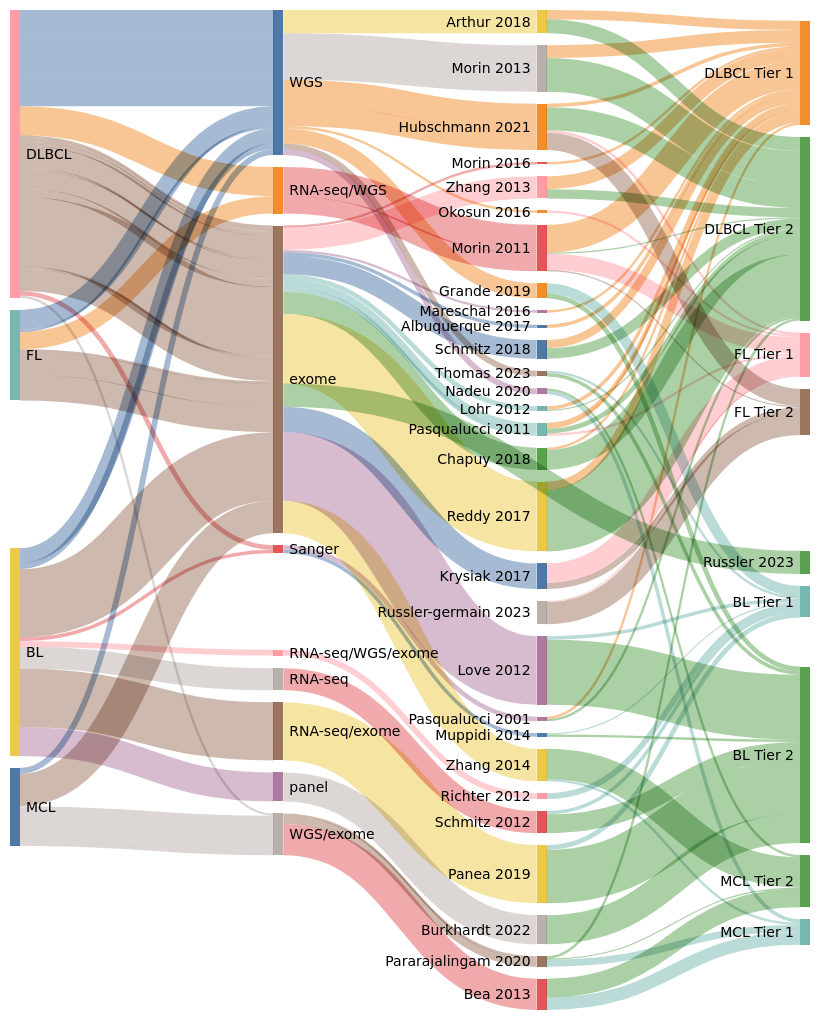
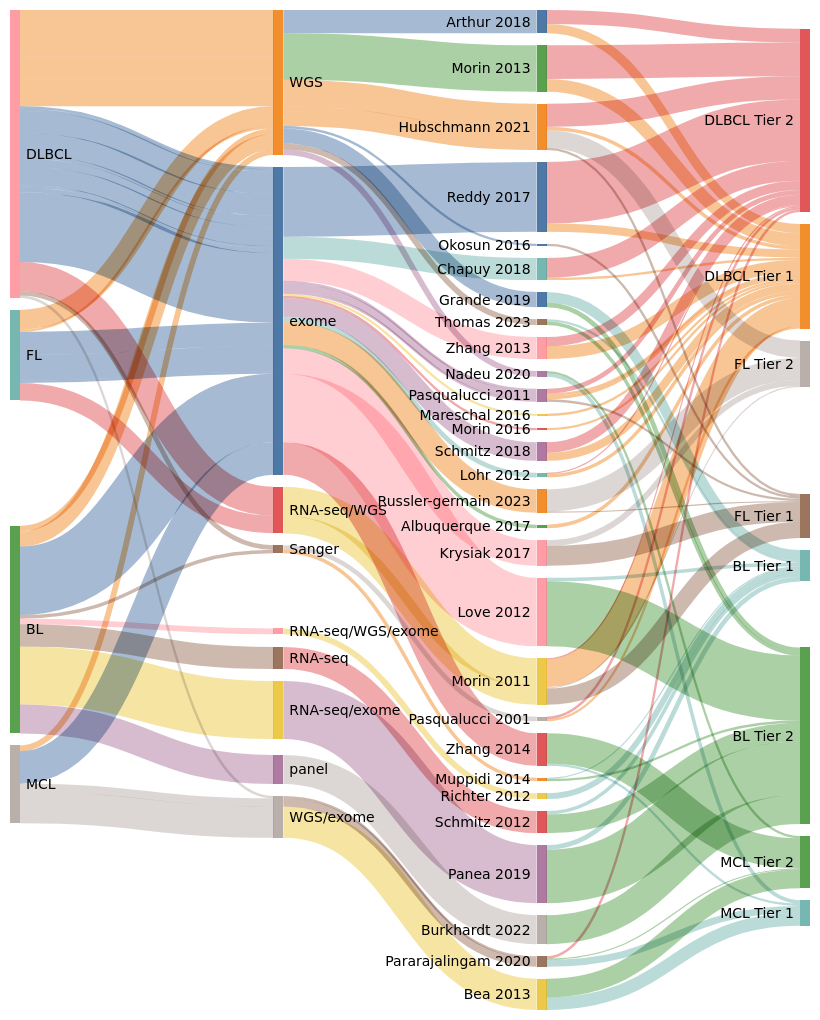
The diagram in all_sankey.md (morinlab/lymphopedia), drawn with Mermaid (neutral theme) before and after one commit. The commit also changed 2 other files, not shown here.

````diff
--- a/all_sankey.md
+++ b/all_sankey.md
@@ -9,33 +9,36 @@
     nodeAlignment: right
 ---
 sankey-beta
-Albuquerque 2017, DLBCL Tier 1, 3
+Arthur 2018, DLBCL Tier 1, 8
+Arthur 2018, DLBCL Tier 2, 12
+Chapuy 2018, DLBCL Tier 1, 2
+Chapuy 2018, DLBCL Tier 2, 17
+Morin 2013, DLBCL Tier 1, 11
+Morin 2013, DLBCL Tier 2, 29
+Mareschal 2016, DLBCL Tier 1, 2
+Pasqualucci 2011, DLBCL Tier 1, 2
+Zhang 2013, DLBCL Tier 1, 11
+Zhang 2013, DLBCL Tier 2, 8
+Pararajalingam 2020, DLBCL Tier 2, 2
+Pasqualucci 2001, DLBCL Tier 1, 2
+Pasqualucci 2001, DLBCL Tier 2, 2
+Reddy 2017, DLBCL Tier 1, 7
+Reddy 2017, DLBCL Tier 2, 53
+Hubschmann 2021, DLBCL Tier 1, 3
+Hubschmann 2021, DLBCL Tier 2, 20
 Morin 2016, DLBCL Tier 1, 2
 Lohr 2012, DLBCL Tier 1, 3
 Lohr 2012, DLBCL Tier 2, 1
-Arthur 2018, DLBCL Tier 1, 8
-Arthur 2018, DLBCL Tier 2, 12
-Mareschal 2016, DLBCL Tier 1, 2
-Zhang 2013, DLBCL Tier 1, 11
-Zhang 2013, DLBCL Tier 2, 8
-Pararajalingam 2020, DLBCL Tier 2, 2
-Morin 2013, DLBCL Tier 1, 11
-Morin 2013, DLBCL Tier 2, 29
+Albuquerque 2017, DLBCL Tier 1, 3
+Morin 2011, DLBCL Tier 1, 24
+Morin 2011, DLBCL Tier 2, 1
 Schmitz 2018, DLBCL Tier 1, 7
 Schmitz 2018, DLBCL Tier 2, 9
-Hubschmann 2021, DLBCL Tier 1, 3
-Hubschmann 2021, DLBCL Tier 2, 20
-Morin 2011, DLBCL Tier 1, 24
-Morin 2011, DLBCL Tier 2, 1
 Pasqualucci 2011, DLBCL Tier 1, 3
 Pasqualucci 2011, DLBCL Tier 2, 4
-Chapuy 2018, DLBCL Tier 1, 2
-Chapuy 2018, DLBCL Tier 2, 17
-Reddy 2017, DLBCL Tier 1, 7
-Reddy 2017, DLBCL Tier 2, 53
-Pasqualucci 2001, DLBCL Tier 1, 2
-Pasqualucci 2001, DLBCL Tier 2, 2
-Pasqualucci 2011, DLBCL Tier 1, 2
+Krysiak 2017, FL Tier 1, 17
+Krysiak 2017, FL Tier 2, 5
+Okosun 2016, FL Tier 1, 2
 Pasqualucci 2011, FL Tier 1, 2
 Morin 2011, FL Tier 1, 14
 Morin 2011, FL Tier 2, 1
@@ -43,97 +46,94 @@
 Russler-germain 2023, FL Tier 2, 19
 Hubschmann 2021, FL Tier 1, 2
 Hubschmann 2021, FL Tier 2, 15
-Krysiak 2017, FL Tier 1, 17
-Krysiak 2017, FL Tier 2, 5
-Okosun 2016, FL Tier 1, 2
 Schmitz 2012, BL Tier 1, 3
 Schmitz 2012, BL Tier 2, 16
+Richter 2012, BL Tier 1, 5
 Panea 2019, BL Tier 1, 4
 Panea 2019, BL Tier 2, 46
 Love 2012, BL Tier 1, 3
 Love 2012, BL Tier 2, 56
-Richter 2012, BL Tier 1, 5
 Thomas 2023, BL Tier 1, 2
 Thomas 2023, BL Tier 2, 3
 Burkhardt 2022, BL Tier 2, 25
+Grande 2019, BL Tier 1, 9
+Grande 2019, BL Tier 2, 4
 Muppidi 2014, BL Tier 1, 1
 Muppidi 2014, BL Tier 2, 2
-Grande 2019, BL Tier 1, 9
-Grande 2019, BL Tier 2, 4
+Zhang 2014, MCL Tier 1, 2
+Zhang 2014, MCL Tier 2, 26
 Bea 2013, MCL Tier 1, 11
 Bea 2013, MCL Tier 2, 16
-Zhang 2014, MCL Tier 1, 2
-Zhang 2014, MCL Tier 2, 26
+Pararajalingam 2020, MCL Tier 1, 6
+Pararajalingam 2020, MCL Tier 2, 1
 Nadeu 2020, MCL Tier 1, 3
 Nadeu 2020, MCL Tier 2, 2
-Pararajalingam 2020, MCL Tier 1, 6
-Pararajalingam 2020, MCL Tier 2, 1
-DLBCL, exome, 2
-exome, Morin 2016, 2
-DLBCL, exome, 3
-exome, Albuquerque 2017, 3
-DLBCL, exome, 4
-exome, Lohr 2012, 4
+DLBCL, Sanger, 4
+Sanger, Pasqualucci 2001, 4
 DLBCL, WGS/exome, 2
 WGS/exome, Pararajalingam 2020, 2
+DLBCL, exome, 2
+exome, Mareschal 2016, 2
+DLBCL, exome, 2
+exome, Pasqualucci 2011, 2
+DLBCL, WGS, 40
+WGS, Morin 2013, 40
+DLBCL, exome, 19
+exome, Chapuy 2018, 19
 DLBCL, exome, 19
 exome, Zhang 2013, 19
 DLBCL, WGS, 20
 WGS, Arthur 2018, 20
-DLBCL, exome, 2
-exome, Mareschal 2016, 2
+DLBCL, RNA-seq/WGS, 25
+RNA-seq/WGS, Morin 2011, 25
+DLBCL, exome, 3
+exome, Albuquerque 2017, 3
+DLBCL, exome, 7
+exome, Pasqualucci 2011, 7
 DLBCL, exome, 16
 exome, Schmitz 2018, 16
-DLBCL, WGS, 40
-WGS, Morin 2013, 40
-DLBCL, RNA-seq/WGS, 25
-RNA-seq/WGS, Morin 2011, 25
+DLBCL, exome, 2
+exome, Morin 2016, 2
+DLBCL, exome, 4
+exome, Lohr 2012, 4
 DLBCL, WGS, 23
 WGS, Hubschmann 2021, 23
-DLBCL, exome, 7
-exome, Pasqualucci 2011, 7
-DLBCL, Sanger, 4
-Sanger, Pasqualucci 2001, 4
 DLBCL, exome, 60
 exome, Reddy 2017, 60
-DLBCL, exome, 2
-exome, Pasqualucci 2011, 2
-DLBCL, exome, 19
-exome, Chapuy 2018, 19
-FL, exome, 2
-exome, Pasqualucci 2011, 2
-FL, WGS, 17
-WGS, Hubschmann 2021, 17
 FL, RNA-seq/WGS, 15
 RNA-seq/WGS, Morin 2011, 15
 FL, exome, 20
-exome, Russler 2023, 20
+exome, Russler-germain 2023, 20
+FL, WGS, 17
+WGS, Hubschmann 2021, 17
 FL, WGS, 2
 WGS, Okosun 2016, 2
 FL, exome, 22
 exome, Krysiak 2017, 22
+FL, exome, 2
+exome, Pasqualucci 2011, 2
+BL, WGS, 5
+WGS, Thomas 2023, 5
+BL, RNA-seq/exome, 50
+RNA-seq/exome, Panea 2019, 50
+BL, exome, 59
+exome, Love 2012, 59
+BL, panel, 25
+panel, Burkhardt 2022, 25
+BL, WGS, 13
+WGS, Grande 2019, 13
 BL, Sanger, 3
 Sanger, Muppidi 2014, 3
-BL, WGS, 13
-WGS, Grande 2019, 13
-BL, panel, 25
-panel, Burkhardt 2022, 25
-BL, WGS, 5
-WGS, Thomas 2023, 5
 BL, RNA-seq/WGS/exome, 5
 RNA-seq/WGS/exome, Richter 2012, 5
-BL, exome, 59
-exome, Love 2012, 59
-BL, RNA-seq/exome, 50
-RNA-seq/exome, Panea 2019, 50
 BL, RNA-seq, 19
 RNA-seq, Schmitz 2012, 19
+MCL, WGS/exome, 7
+WGS/exome, Pararajalingam 2020, 7
 MCL, WGS, 5
 WGS, Nadeu 2020, 5
 MCL, WGS/exome, 27
 WGS/exome, Bea 2013, 27
 MCL, exome, 28
 exome, Zhang 2014, 28
-MCL, WGS/exome, 7
-WGS/exome, Pararajalingam 2020, 7
 ```
````
